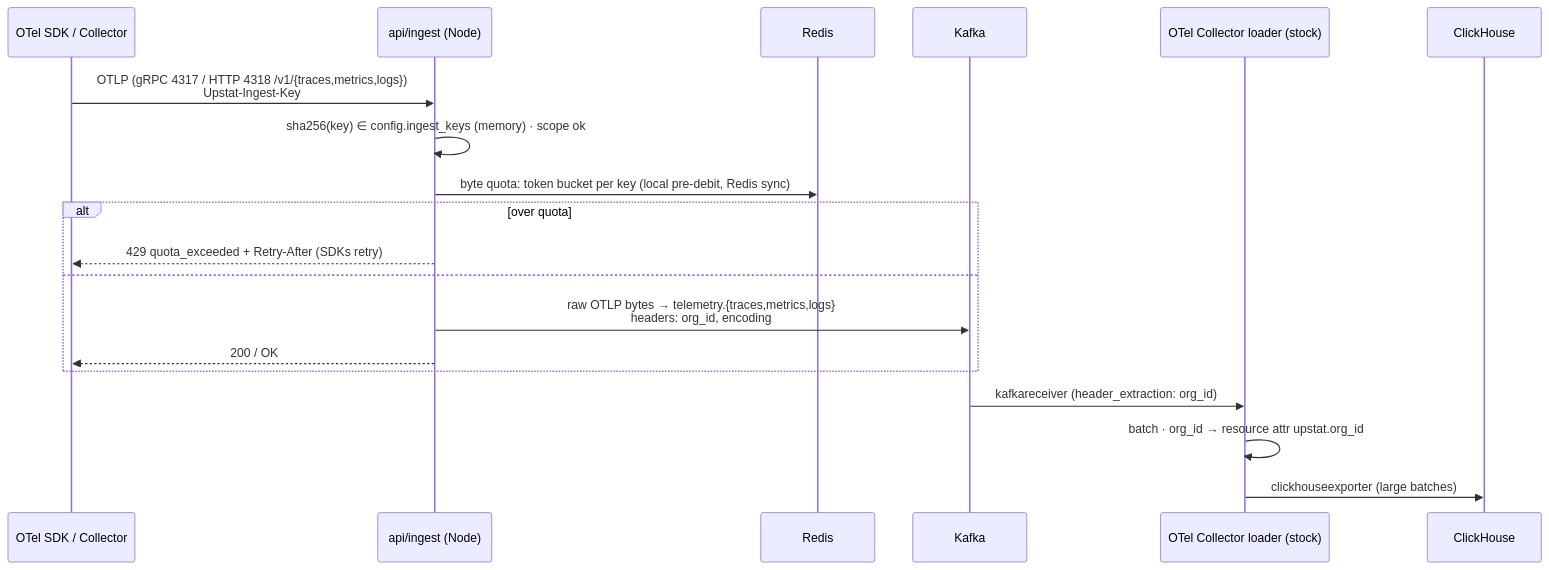
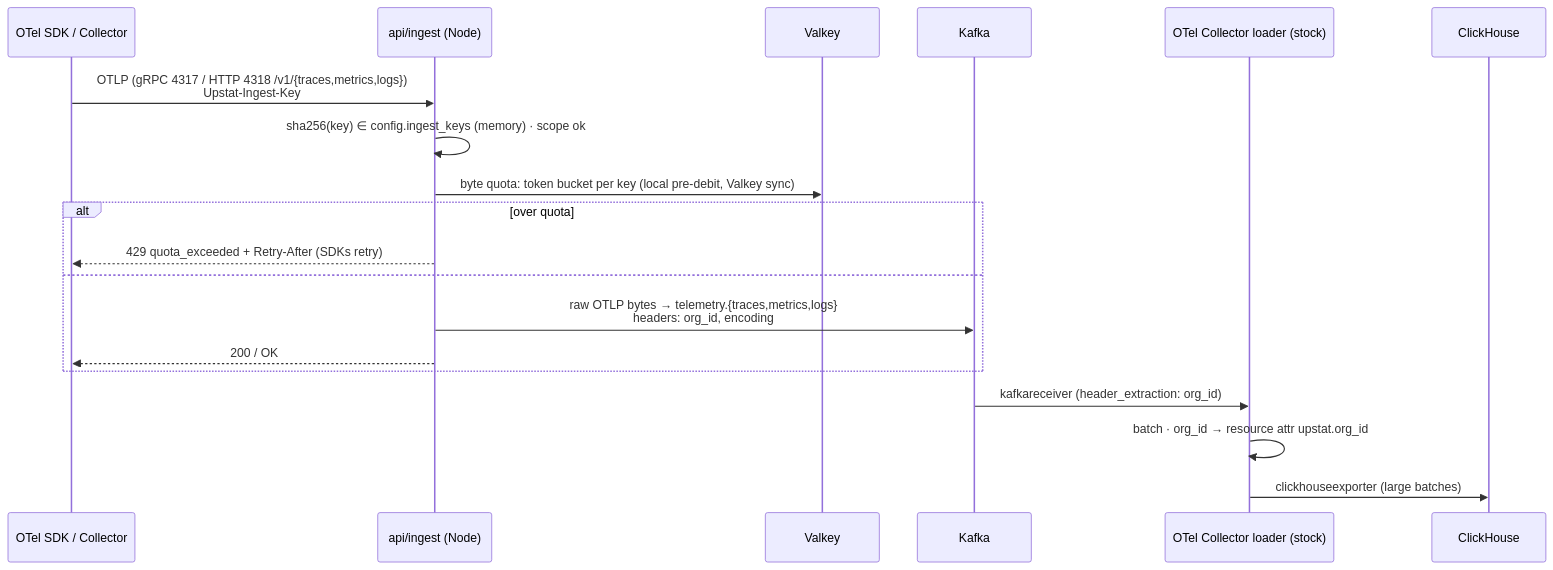
One commit to cuesoftinc/upstat changed the fourth of 4 diagrams in docs/system-design.md. Above: the diagram before and after it, drawn with Mermaid. The commit also changed other lines of this file and 22 other files, not shown here.

````diff
--- a/docs/system-design.md
+++ b/docs/system-design.md
@@ -462,22 +460,22 @@
 ```mermaid
 sequenceDiagram
     participant SDK as OTel SDK / Collector
     participant G as api/ingest (Node)
-    participant R as Redis
+    participant R as Valkey
     participant K as Kafka
     participant L as OTel Collector loader (stock)
     participant CH as ClickHouse
 
     SDK->>G: OTLP (gRPC 4317 / HTTP 4318 /v1/{traces,metrics,logs})<br/>Upstat-Ingest-Key
     G->>G: sha256(key) ∈ config.ingest_keys (memory) · scope ok
-    G->>R: byte quota: token bucket per key (local pre-debit, Redis sync)
+    G->>R: byte quota: token bucket per key (local pre-debit, Valkey sync)
     alt over quota
         G-->>SDK: 429 quota_exceeded + Retry-After (SDKs retry)
     else
         G->>K: raw OTLP bytes → telemetry.{traces,metrics,logs}<br/>headers: org_id, encoding
         G-->>SDK: 200 / OK
     end
     K->>L: kafkareceiver (header_extraction: org_id)
     L->>L: batch · org_id → resource attr upstat.org_id
     L->>CH: clickhouseexporter (large batches)
 ```
````
